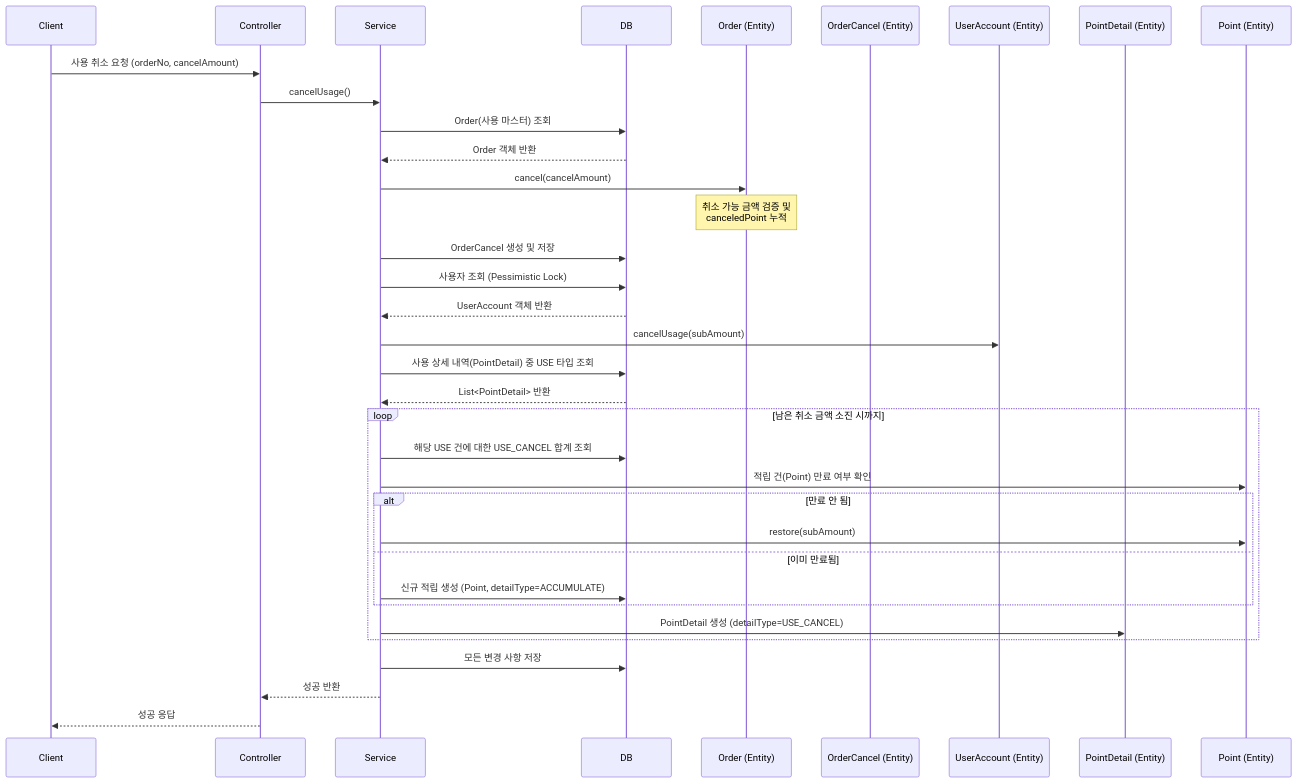
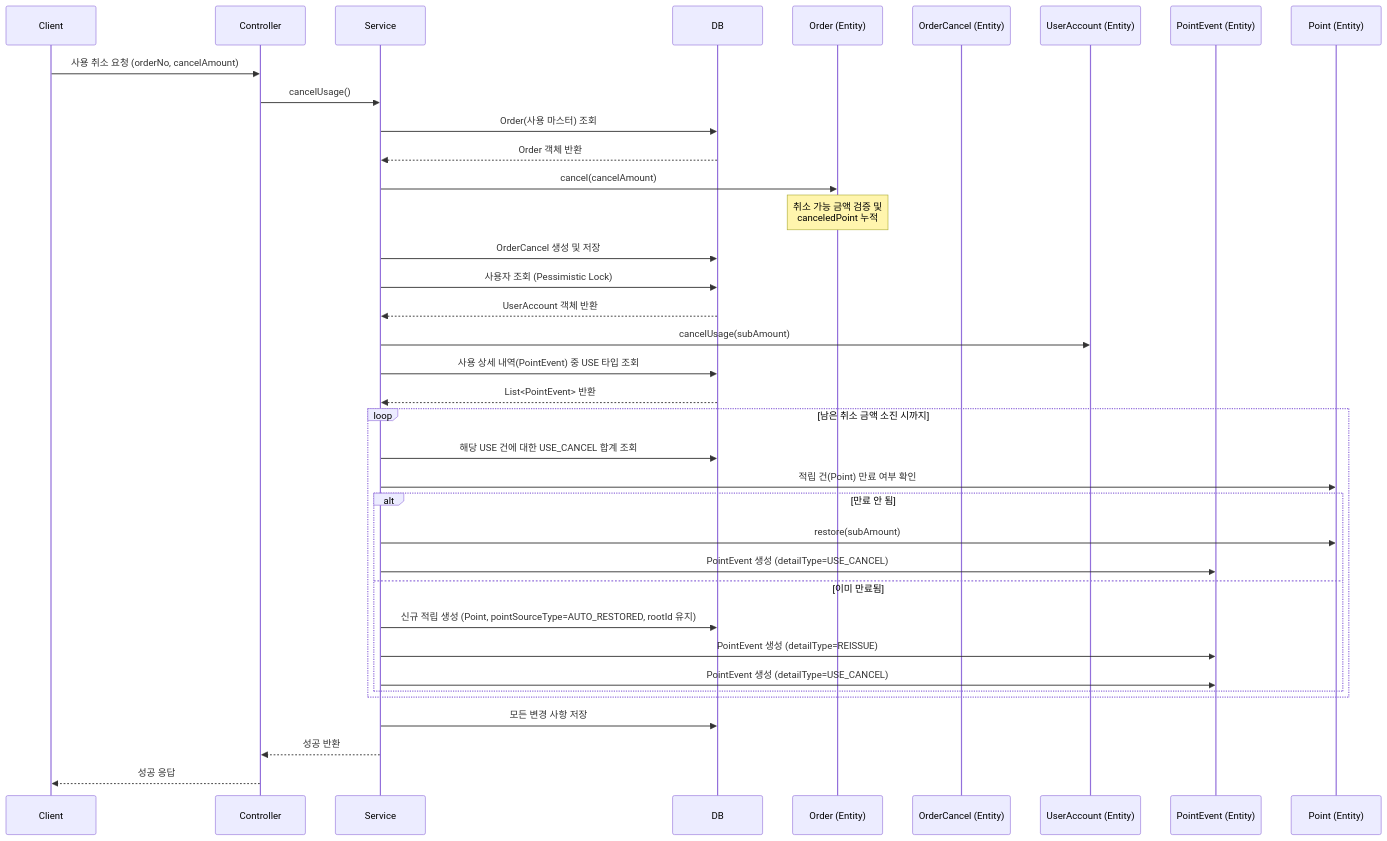
One commit to muzzaiwork/point changed the diagram in docs/api/사용 취소.md. Above: the diagram before and after it, drawn with Mermaid. The commit also changed other lines of this file and 15 other files, not shown here.

Commit message:
PointEvent 도입 및 rootPointId 추가 등 설계 변경 사항 반영

````diff
--- a/docs/api/사용 취소.md
+++ b/docs/api/사용 취소.md
@@ -58,43 +58,45 @@
 ```mermaid
 sequenceDiagram
     participant Client
     participant Controller
     participant Service
     participant DB
     participant OrderEntity as Order (Entity)
     participant CancelEntity as OrderCancel (Entity)
     participant UserAccountEntity as UserAccount (Entity)
-    participant DetailEntity as PointDetail (Entity)
+    participant EventEntity as PointEvent (Entity)
     participant PointEntity as Point (Entity)
 
     Client->>Controller: 사용 취소 요청 (orderNo, cancelAmount)
     Controller->>Service: cancelUsage()
     Service->>DB: Order(사용 마스터) 조회
     DB-->>Service: Order 객체 반환
     Service->>OrderEntity: cancel(cancelAmount)
     Note over OrderEntity: 취소 가능 금액 검증 및<br/>canceledPoint 누적
     
     Service->>DB: OrderCancel 생성 및 저장
     
     Service->>DB: 사용자 조회 (Pessimistic Lock)
     DB-->>Service: UserAccount 객체 반환
     Service->>UserAccountEntity: cancelUsage(subAmount)
     
-    Service->>DB: 사용 상세 내역(PointDetail) 중 USE 타입 조회
-    DB-->>Service: List<PointDetail> 반환
+    Service->>DB: 사용 상세 내역(PointEvent) 중 USE 타입 조회
+    DB-->>Service: List<PointEvent> 반환
     
     loop 남은 취소 금액 소진 시까지
         Service->>DB: 해당 USE 건에 대한 USE_CANCEL 합계 조회
         Service->>PointEntity: 적립 건(Point) 만료 여부 확인
         alt 만료 안 됨
             Service->>PointEntity: restore(subAmount)
+            Service->>EventEntity: PointEvent 생성 (detailType=USE_CANCEL)
         else 이미 만료됨
-            Service->>DB: 신규 적립 생성 (Point, detailType=ACCUMULATE)
+            Service->>DB: 신규 적립 생성 (Point, pointSourceType=AUTO_RESTORED, rootId 유지)
+            Service->>EventEntity: PointEvent 생성 (detailType=REISSUE)
+            Service->>EventEntity: PointEvent 생성 (detailType=USE_CANCEL)
         end
-        Service->>DetailEntity: PointDetail 생성 (detailType=USE_CANCEL)
     end
     
     Service->>DB: 모든 변경 사항 저장
     Service-->>Controller: 성공 반환
     Controller-->>Client: 성공 응답
 ```
````
